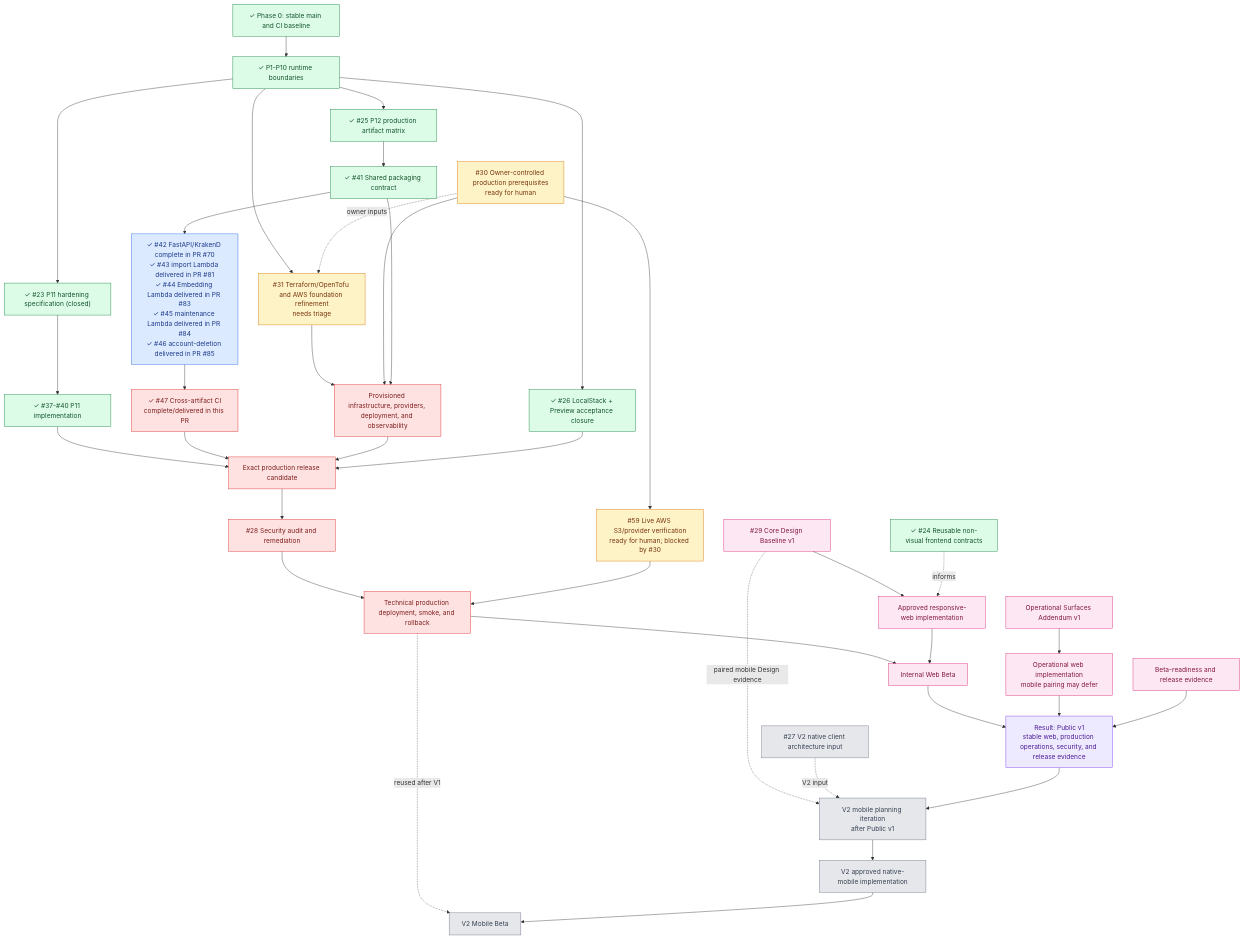
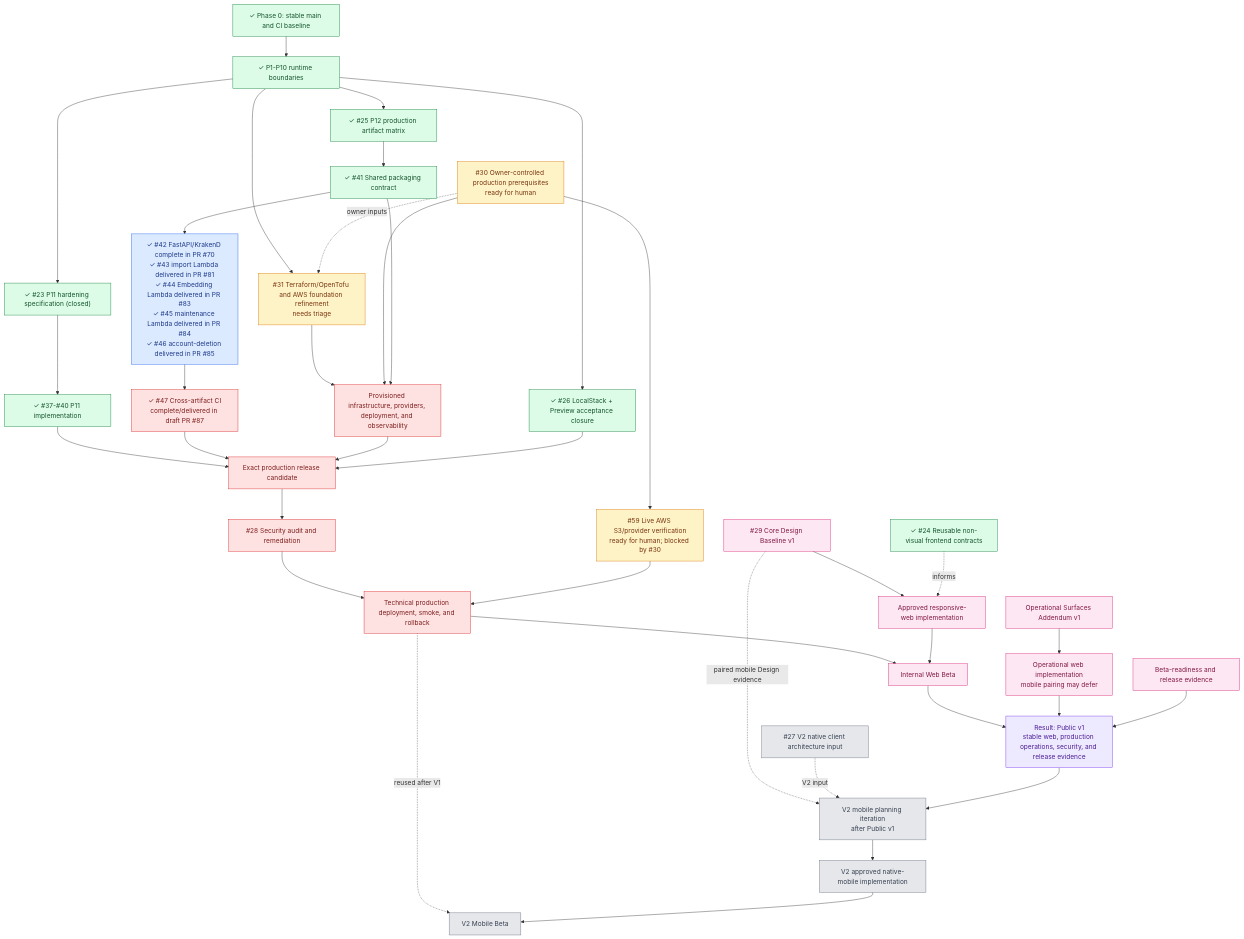
The third of 3 diagrams in docs/roadmap.md (starkovalera/recipe-manager), drawn with Mermaid before and after one commit. The commit also changed other lines of this file and 2 other files, not shown here.

```diff
--- a/docs/roadmap.md
+++ b/docs/roadmap.md
@@ -189,7 +189,7 @@
   p12Spec["✓ #25 P12 production artifact matrix"]
   p12Shared["✓ #41 Shared packaging contract"]
   p12Artifacts["✓ #42 FastAPI/KrakenD complete in PR #70<br/>✓ #43 import Lambda delivered in PR #81<br/>✓ #44 Embedding Lambda delivered in PR #83<br/>✓ #45 maintenance Lambda delivered in PR #84<br/>✓ #46 account-deletion delivered in PR #85"]
-  p12Ci["✓ #47 Cross-artifact CI<br/>complete/delivered in this PR"]
+  p12Ci["✓ #47 Cross-artifact CI<br/>complete/delivered in draft PR #87"]
   localstack["✓ #26 LocalStack + Preview acceptance closure"]
   liveAws["#59 Live AWS S3/provider verification<br/>ready for human; blocked by #30"]
   frontendAudit["✓ #24 Reusable non-visual frontend contracts"]
```
